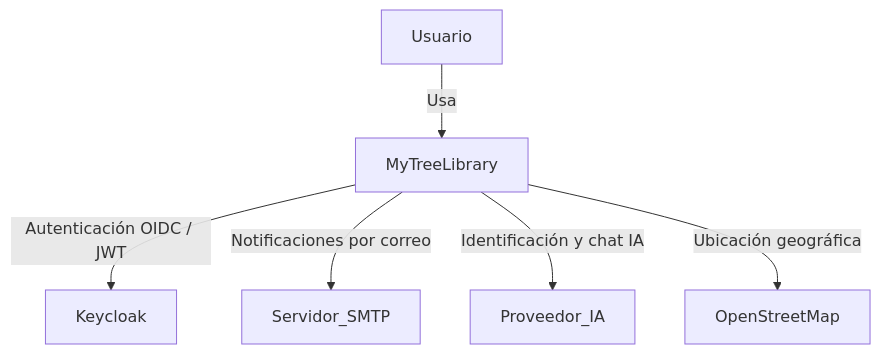
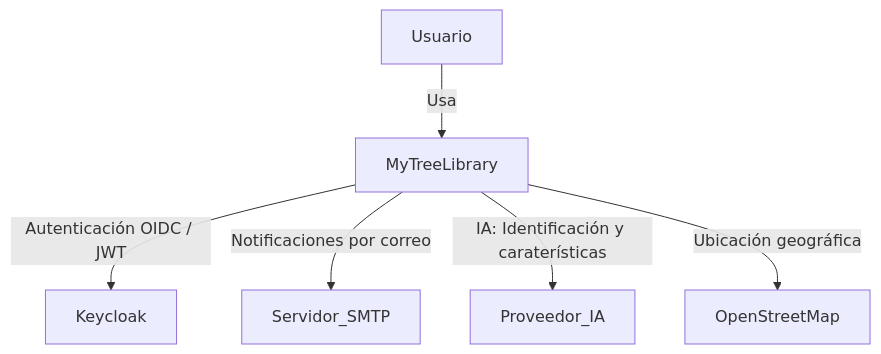
One commit to LIDR-academy/AI4Devs-finalproject changed the first of 18 diagrams in readme.md. Above: the diagram before and after it, drawn with Mermaid. The commit also changed other lines of this file and 81 other files, not shown here.

````diff
--- a/readme.md
+++ b/readme.md
@@ -225,14 +225,14 @@
 ```mermaid
 flowchart TB
   U[Usuario]
   S[MyTreeLibrary]
   KC[Keycloak]
   SMTP[Servidor_SMTP]
   PIA[Proveedor_IA]
   MAP[OpenStreetMap] 
   U -->|Usa| S
   S -->|Autenticación OIDC / JWT| KC
   S -->|Notificaciones por correo| SMTP
-  S -->|Identificación y chat IA| PIA
+  S -->|IA: Identificación y caraterísticas| PIA
   S -->|Ubicación geográfica| MAP
 ```
````
